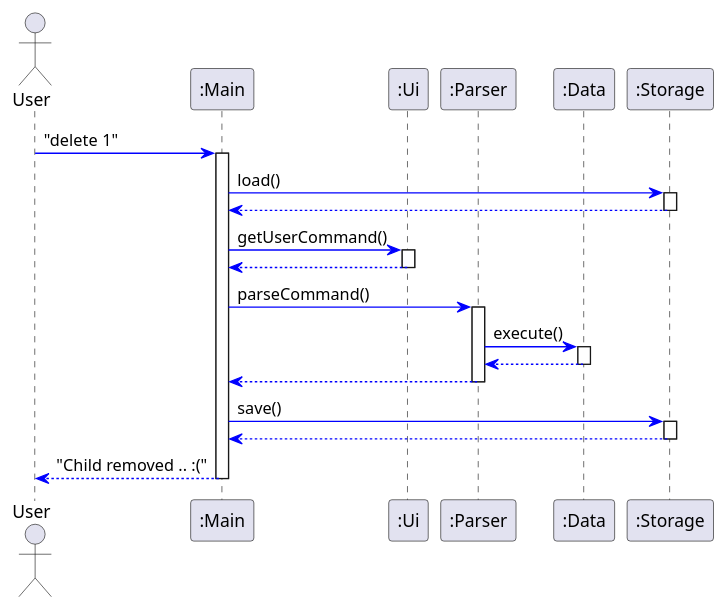
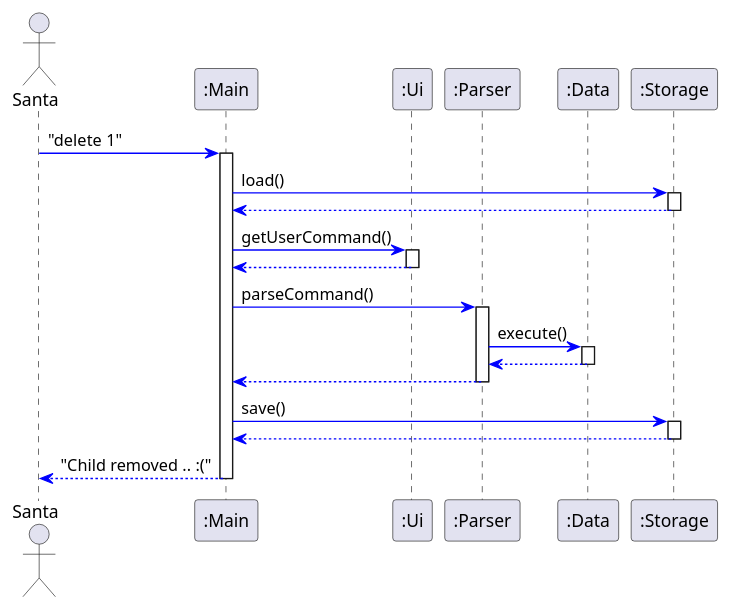
Before and after one commit to prerana-r11/tp: the diagram in docs/diagrams/ArchitectureSequenceDiagram.puml, drawn with PlantUML. The commit also changed 1 other file, not shown here.

Commit message:
Update user alias in diagram

```diff
--- a/docs/diagrams/ArchitectureSequenceDiagram.puml
+++ b/docs/diagrams/ArchitectureSequenceDiagram.puml
@@ -1,43 +1,43 @@
 @startuml
 skinparam ArrowFontStyle plain
 skinparam arrowThickness 1.1
 skinparam arrowColor #blue
 
-Actor User as user
+Actor Santa as user
 Participant ":Main" as main
 Participant ":Ui" as ui
 Participant ":Parser" as parser
 Participant ":Data" as data
 Participant ":Storage" as storage
 
 user -> main : "delete 1"
 activate main
 
 main->storage: load()
 activate storage
 storage --> main
 deactivate storage
 
 main -> ui : getUserCommand()
 activate ui
 ui --> main
 deactivate ui
 
 main -> parser : parseCommand()
 activate parser
 parser->data : execute()
 activate data
 data --> parser
 deactivate data
 parser --> main
 deactivate parser
 
 main->storage: save()
 activate storage
 storage --> main
 deactivate storage
 
 main --> user: "Child removed .. :("
 deactivate main
 
 @enduml
```
